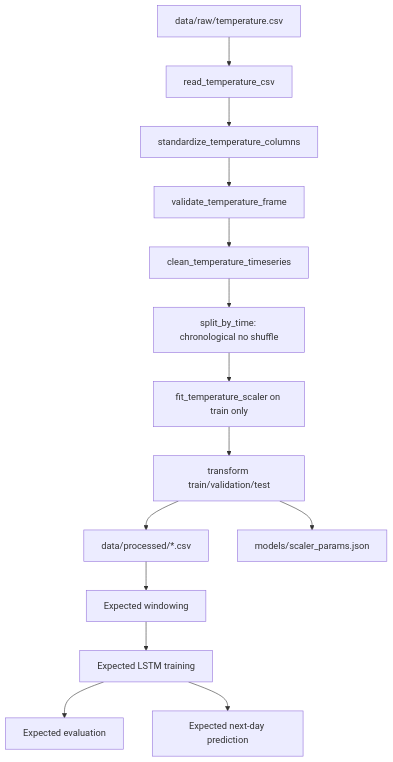
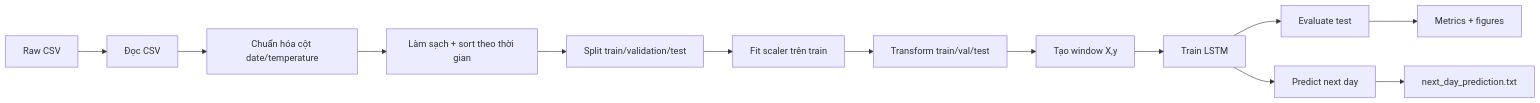
One commit to Mei-iwi/DL_Temperature_forecast changed the second of 4 diagrams in docs/architecture_source_for_chatgpt.md. Above: the diagram before and after it, drawn with Mermaid. The commit also changed other lines of this file and 2 other files, not shown here.

````diff
--- a/docs/architecture_source_for_chatgpt.md
+++ b/docs/architecture_source_for_chatgpt.md
@@ -657,16 +543,15 @@
 ```mermaid
-flowchart TD
-    A[data/raw/temperature.csv] --> B[read_temperature_csv]
-    B --> C[standardize_temperature_columns]
-    C --> D[validate_temperature_frame]
-    D --> E[clean_temperature_timeseries]
-    E --> F[split_by_time: chronological no shuffle]
-    F --> G[fit_temperature_scaler on train only]
-    G --> H[transform train/validation/test]
-    H --> I[data/processed/*.csv]
-    H --> J[models/scaler_params.json]
-    I --> K[Expected windowing]
-    K --> L[Expected LSTM training]
-    L --> M[Expected evaluation]
-    L --> N[Expected next-day prediction]
+flowchart LR
+    A[Raw CSV] --> B[Đọc CSV]
+    B --> C[Chuẩn hóa cột date/temperature]
+    C --> D[Làm sạch + sort theo thời gian]
+    D --> E[Split train/validation/test]
+    E --> F[Fit scaler trên train]
+    F --> G[Transform train/val/test]
+    G --> H[Tạo window X,y]
+    H --> I[Train LSTM]
+    I --> J[Evaluate test]
+    I --> K[Predict next day]
+    J --> L[Metrics + figures]
+    K --> M[next_day_prediction.txt]
 ```
````
